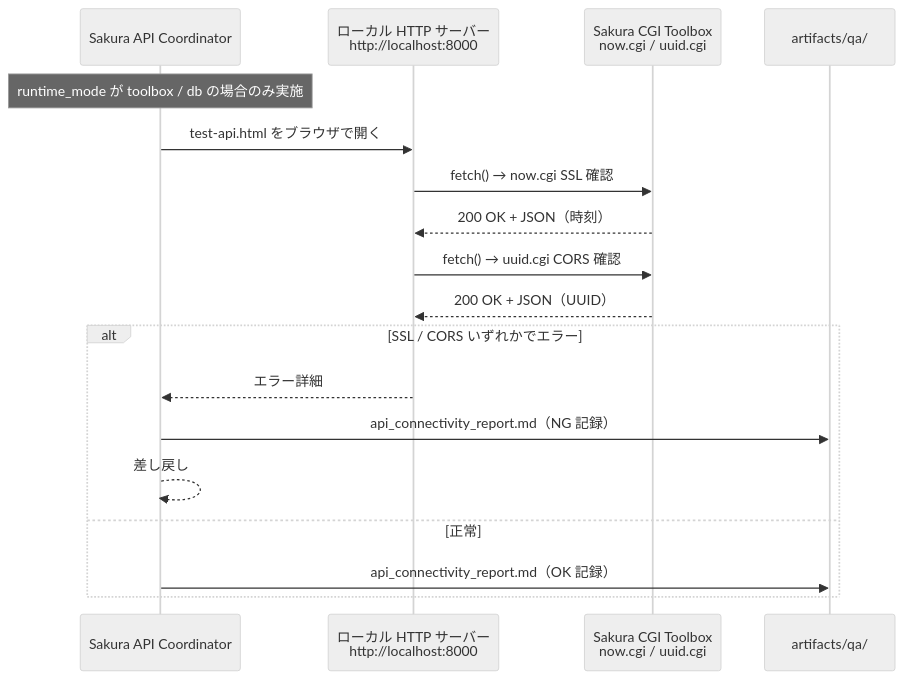
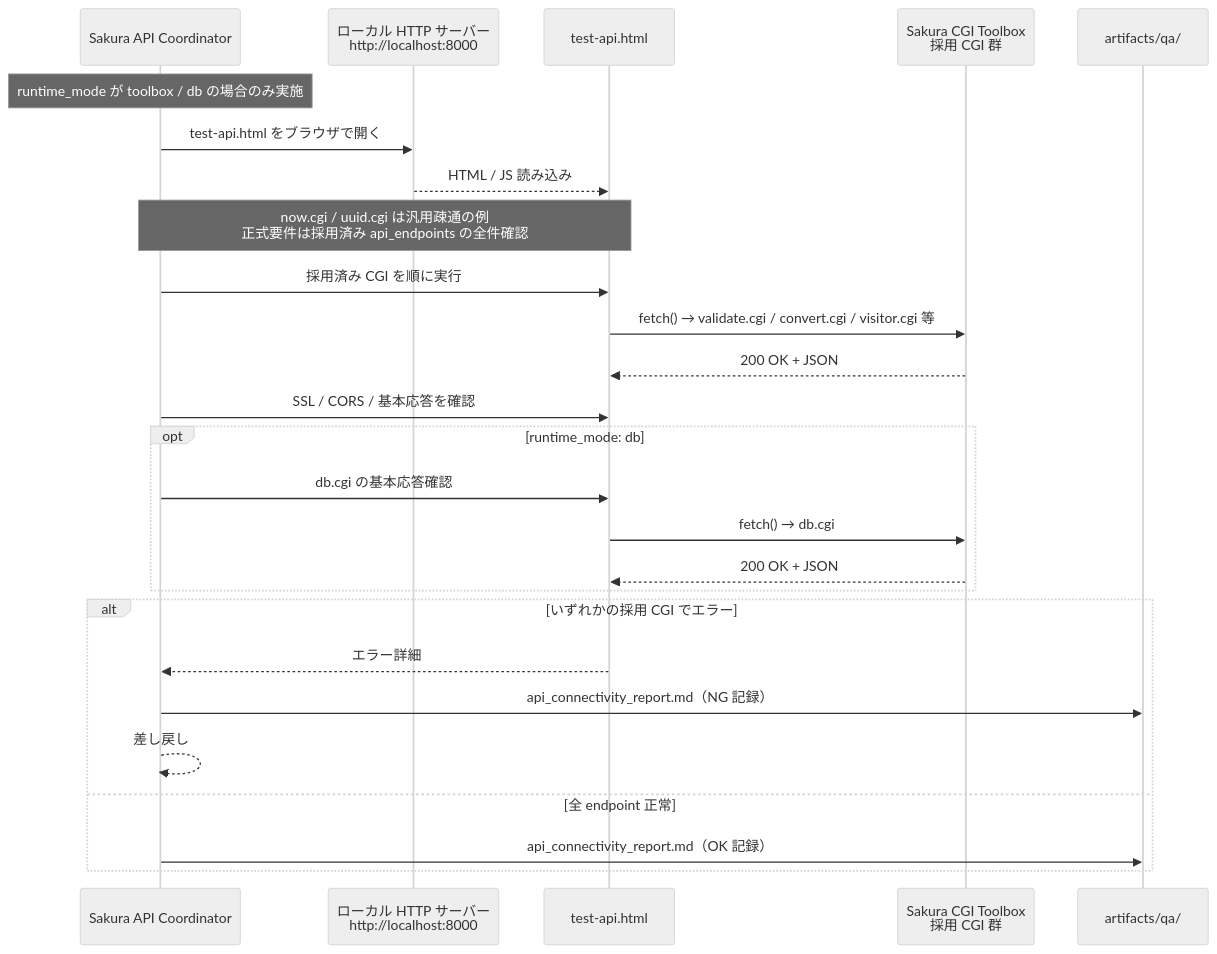
One commit to garyohosu/openclaw-app-company changed the sixth of 12 diagrams in SEQUENCE.md. Above: the diagram before and after it, drawn with Mermaid (neutral theme). The commit also changed other lines of this file and 4 other files, not shown here.

Commit message:
Align CLASS and sequence docs with Q58-Q60

````diff
--- a/SEQUENCE.md
+++ b/SEQUENCE.md
@@ -208,22 +208,31 @@
 ```mermaid
 sequenceDiagram
     participant SC as Sakura API Coordinator
     participant local as ローカル HTTP サーバー<br>http://localhost:8000
-    participant sakura as Sakura CGI Toolbox<br>now.cgi / uuid.cgi
+    participant testapi as test-api.html
+    participant sakura as Sakura CGI Toolbox<br>採用 CGI 群
     participant artifacts as artifacts/qa/
 
     Note over SC: runtime_mode が toolbox / db の場合のみ実施
     SC ->> local: test-api.html をブラウザで開く
-    local ->> sakura: fetch() → now.cgi SSL 確認
-    sakura -->> local: 200 OK + JSON（時刻）
-    local ->> sakura: fetch() → uuid.cgi CORS 確認
-    sakura -->> local: 200 OK + JSON（UUID）
+    local -->> testapi: HTML / JS 読み込み
+    Note over SC,testapi: now.cgi / uuid.cgi は汎用疎通の例<br>正式要件は採用済み api_endpoints の全件確認
+    SC ->> testapi: 採用済み CGI を順に実行
+    testapi ->> sakura: fetch() → validate.cgi / convert.cgi / visitor.cgi 等
+    sakura -->> testapi: 200 OK + JSON
+    SC ->> testapi: SSL / CORS / 基本応答を確認
 
-    alt SSL / CORS いずれかでエラー
-        local -->> SC: エラー詳細
+    opt runtime_mode: db
+        SC ->> testapi: db.cgi の基本応答確認
+        testapi ->> sakura: fetch() → db.cgi
+        sakura -->> testapi: 200 OK + JSON
+    end
+
+    alt いずれかの採用 CGI でエラー
+        testapi -->> SC: エラー詳細
         SC ->> artifacts: api_connectivity_report.md（NG 記録）
         SC -->> SC: 差し戻し
-    else 正常
+    else 全 endpoint 正常
         SC ->> artifacts: api_connectivity_report.md（OK 記録）
     end
 ```
````
